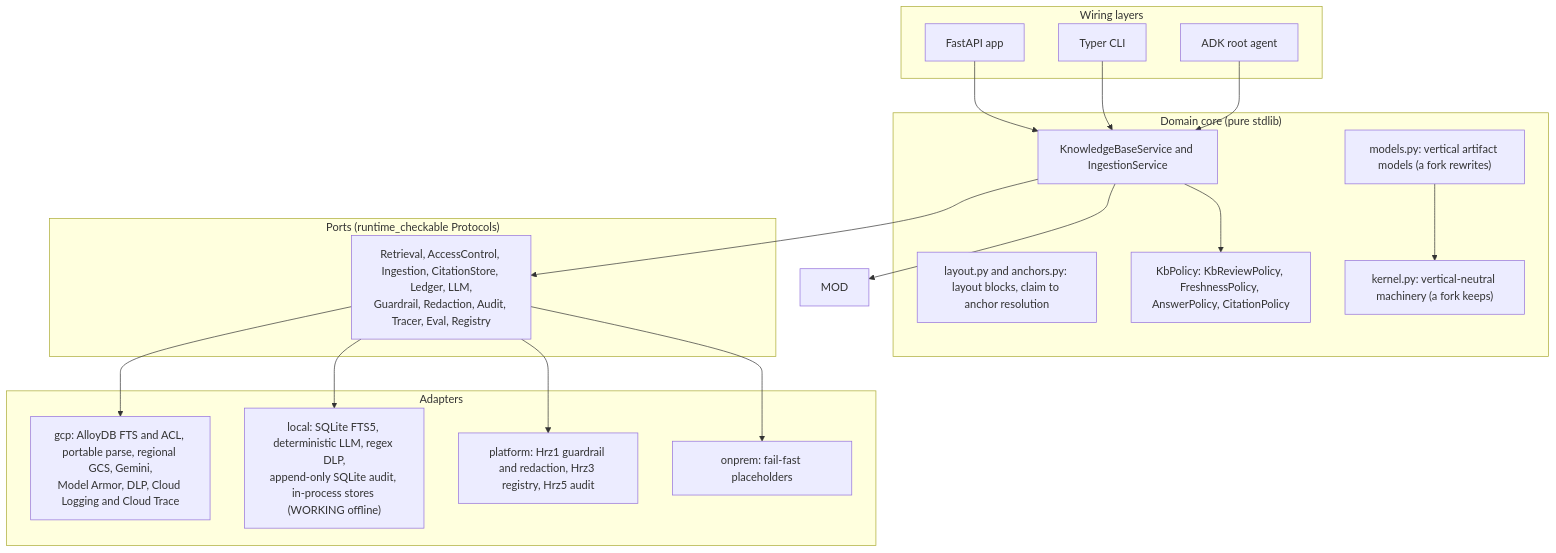
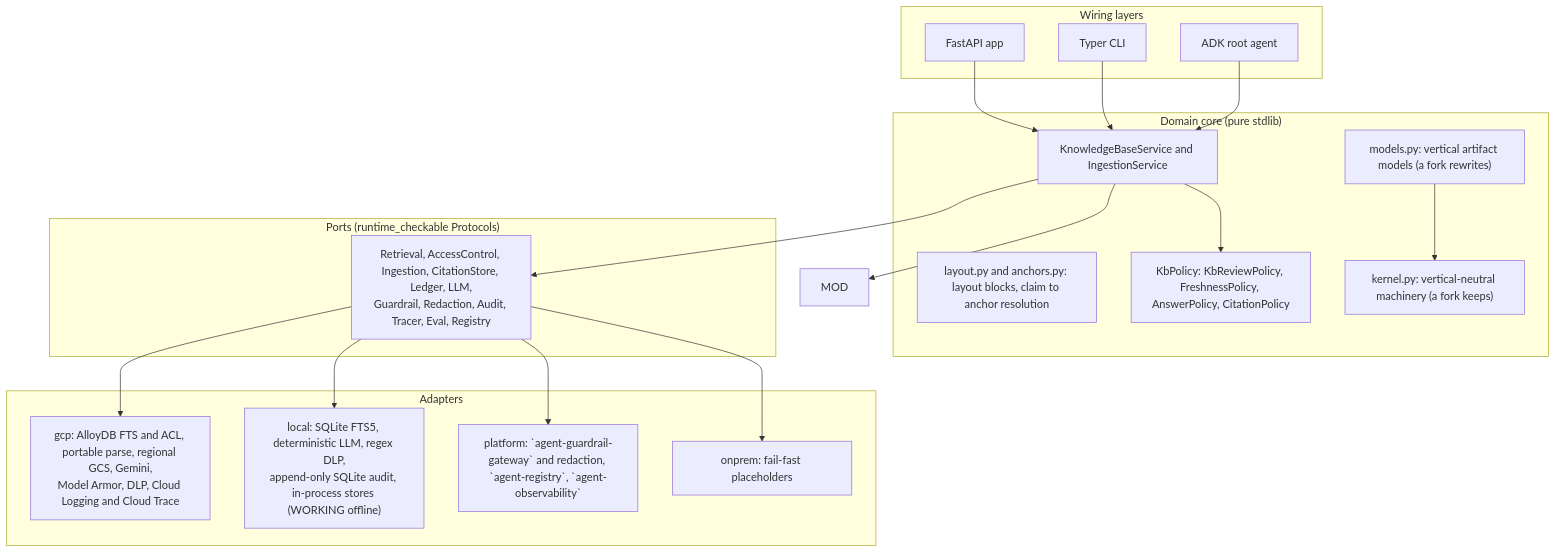
Before and after one commit to portable-genai/enterprise-knowledge-base: the first of 4 diagrams in ARCHITECTURE.md, drawn with Mermaid. The commit also changed other lines of this file and 40 other files, not shown here.

````diff
--- a/ARCHITECTURE.md
+++ b/ARCHITECTURE.md
@@ -52,39 +52,39 @@
 ```mermaid
 flowchart TB
   subgraph L1["Wiring layers"]
     API["FastAPI app"]
     CLI["Typer CLI"]
     ADK["ADK root agent"]
   end
 
   subgraph L2["Domain core (pure stdlib)"]
     SVC["KnowledgeBaseService and IngestionService"]
     ANC["layout.py and anchors.py: layout blocks, claim to anchor resolution"]
     POL["KbPolicy: KbReviewPolicy, FreshnessPolicy, AnswerPolicy, CitationPolicy"]
     VERT["models.py: vertical artifact models (a fork rewrites)"]
     KERN["kernel.py: vertical-neutral machinery (a fork keeps)"]
     VERT --> KERN
   end
 
   subgraph L3["Ports (runtime_checkable Protocols)"]
     PORTS["Retrieval, AccessControl, Ingestion, CitationStore, Ledger, LLM,<br/>Guardrail, Redaction, Audit, Tracer, Eval, Registry"]
   end
 
   subgraph L4["Adapters"]
     GCP["gcp: AlloyDB FTS and ACL, portable parse, regional GCS, Gemini,<br/>Model Armor, DLP, Cloud Logging and Cloud Trace"]
     LOCAL["local: SQLite FTS5, deterministic LLM, regex DLP,<br/>append-only SQLite audit, in-process stores (WORKING offline)"]
-    PLAT["platform: Hrz1 guardrail and redaction, Hrz3 registry, Hrz5 audit"]
+    PLAT["platform: `agent-guardrail-gateway` and redaction, `agent-registry`, `agent-observability`"]
     ONP["onprem: fail-fast placeholders"]
   end
 
   API --> SVC
   CLI --> SVC
   ADK --> SVC
   SVC --> POL
   SVC --> MOD
   SVC --> PORTS
   PORTS --> GCP
   PORTS --> LOCAL
   PORTS --> PLAT
   PORTS --> ONP
 ```
````
